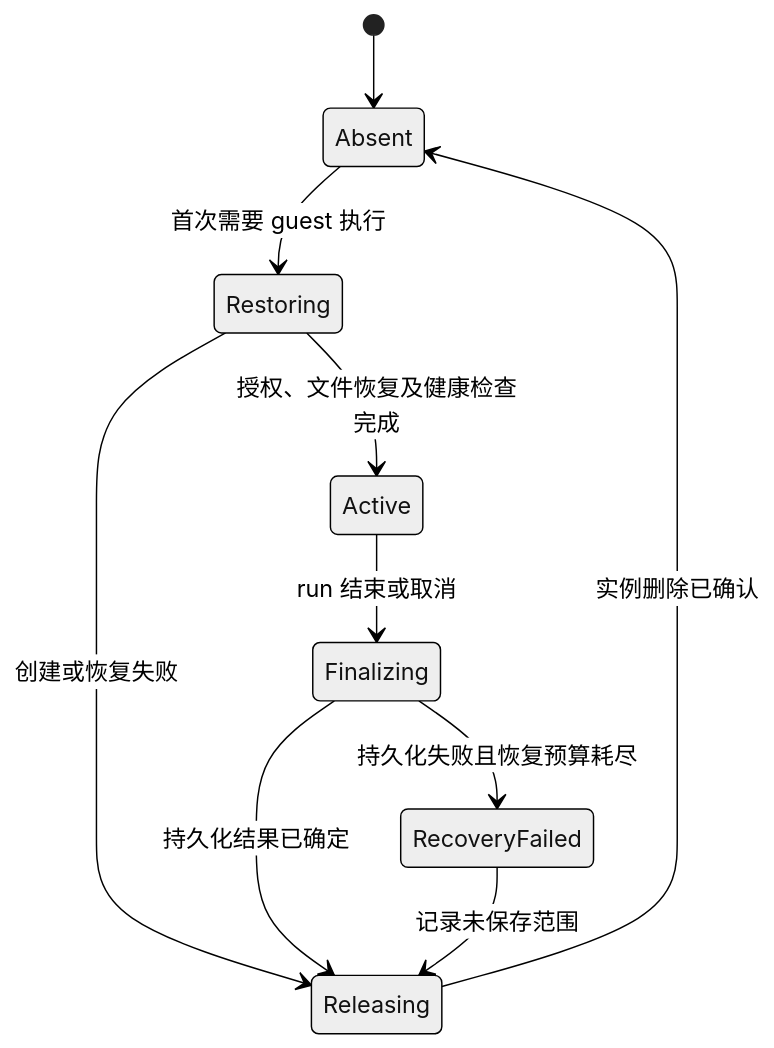
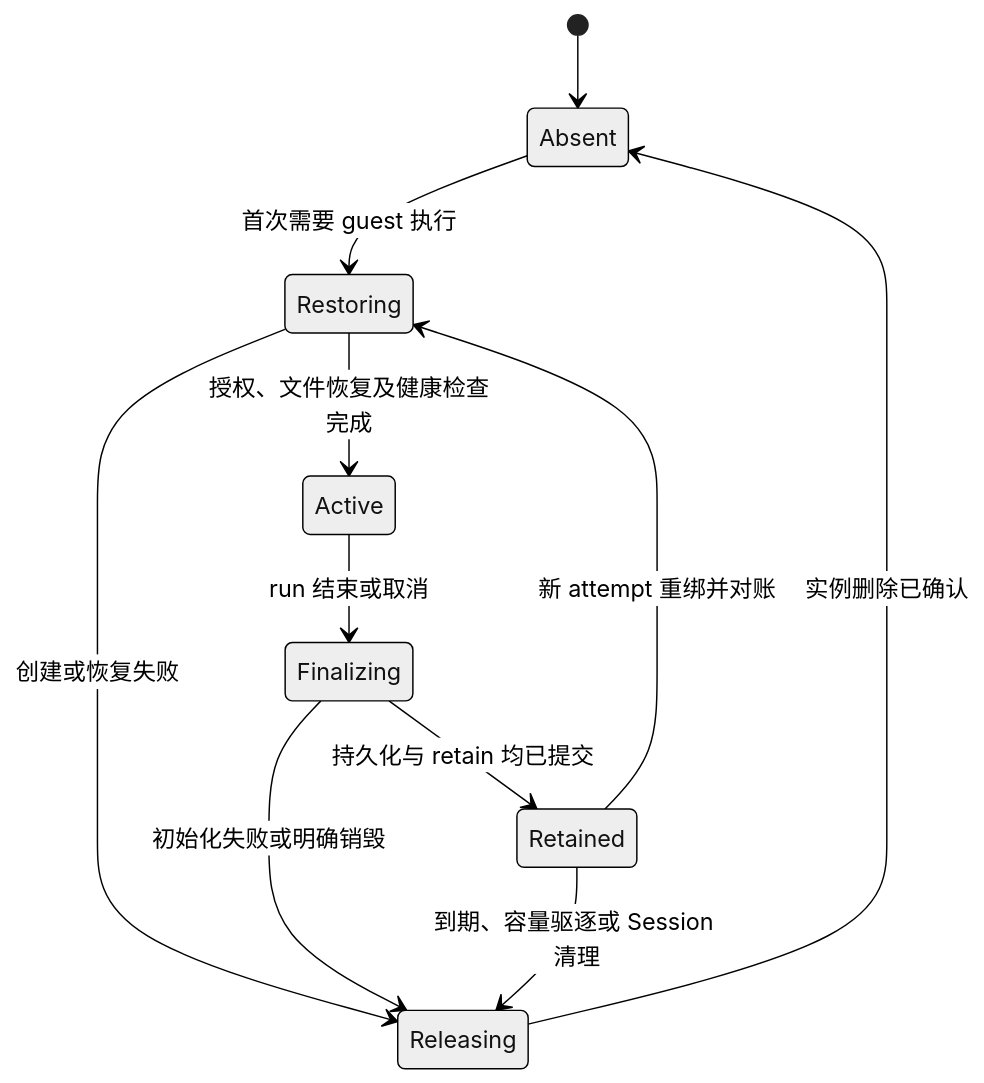
Before and after one commit to baymaxLeee/monorepo: the third of 3 diagrams in docs/ADR/sandbox-execution-modes.md, drawn with Mermaid (neutral theme). The commit also changed other lines of this file and 61 other files, not shown here.

````diff
--- a/docs/ADR/sandbox-execution-modes.md
+++ b/docs/ADR/sandbox-execution-modes.md
@@ -285,12 +285,13 @@
 ```mermaid
 stateDiagram-v2
     [*] --> Absent
     Absent --> Restoring: 首次需要 guest 执行
+    Retained --> Restoring: 新 attempt 重绑并对账
     Restoring --> Active: 授权、文件恢复及健康检查完成
     Restoring --> Releasing: 创建或恢复失败
     Active --> Finalizing: run 结束或取消
-    Finalizing --> Releasing: 持久化结果已确定
-    Finalizing --> RecoveryFailed: 持久化失败且恢复预算耗尽
-    RecoveryFailed --> Releasing: 记录未保存范围
+    Finalizing --> Retained: 持久化与 retain 均已提交
+    Finalizing --> Releasing: 初始化失败或明确销毁
+    Retained --> Releasing: 到期、容量驱逐或 Session 清理
     Releasing --> Absent: 实例删除已确认
 ```
````
